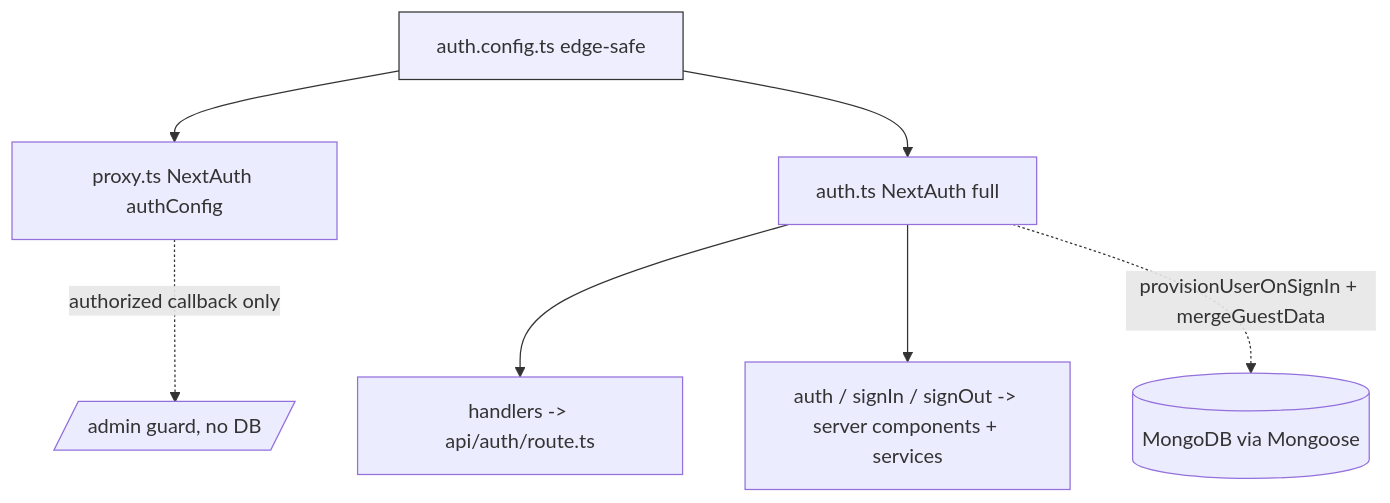
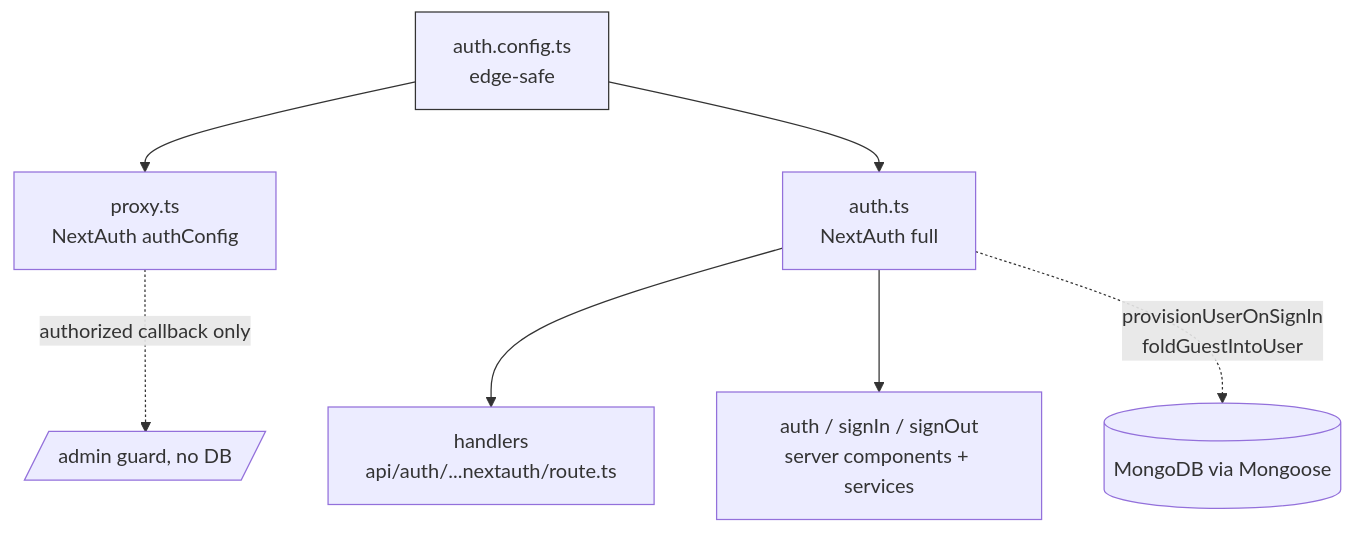
Before and after one commit to NaKMiers/English_For_Only_Me: the first of 3 diagrams in docs/07-auth-infra-testing.md, drawn with Mermaid. The commit also changed other lines of this file and 12 other files, not shown here.

````diff
--- a/docs/07-auth-infra-testing.md
+++ b/docs/07-auth-infra-testing.md
@@ -39,10 +40,10 @@
 ```mermaid
 graph TD
-  A[auth.config.ts edge-safe]:::edge --> B[proxy.ts NextAuth authConfig]
-  A --> C[auth.ts NextAuth full]
-  C --> D[handlers -> api/auth/route.ts]
-  C --> E[auth / signIn / signOut -> server components + services]
-  C -. provisionUserOnSignIn + mergeGuestData .-> F[(MongoDB via Mongoose)]
+  A[auth.config.ts<br/>edge-safe]:::edge --> B[proxy.ts<br/>NextAuth authConfig]
+  A --> C[auth.ts<br/>NextAuth full]
+  C --> D[handlers<br/>api/auth/...nextauth/route.ts]
+  C --> E[auth / signIn / signOut<br/>server components + services]
+  C -. provisionUserOnSignIn<br/>foldGuestIntoUser .-> F[(MongoDB via Mongoose)]
   B -. authorized callback only .-> G[/admin guard, no DB/]
   classDef edge fill:#eef,stroke:#333;
 ```
````
